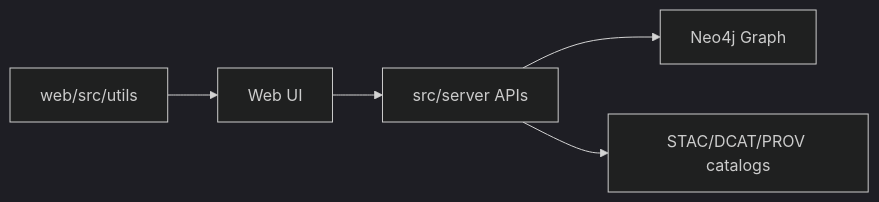
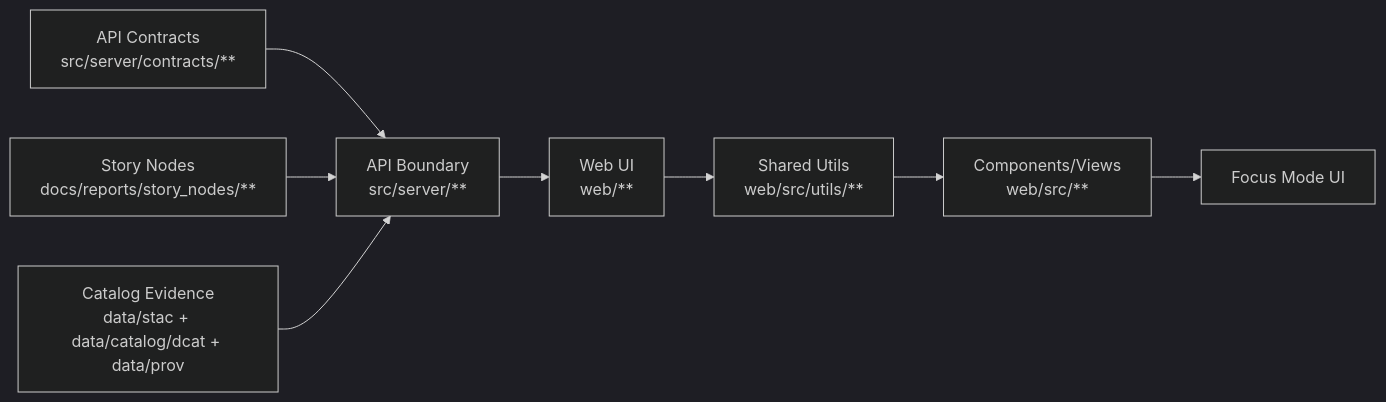
One commit to bartytime4life/Kansas-Frontier-Matrix changed the first of 2 diagrams in web/src/utils/README.md. Above: the diagram before and after it, drawn with Mermaid (dark theme). The commit also changed other lines of this file, not shown here.

```diff
--- a/web/src/utils/README.md
+++ b/web/src/utils/README.md
@@ -162,7 +189,11 @@
 ~~~mermaid
 flowchart LR
-  U[web/src/utils] --> UI[Web UI]
-  UI --> API[src/server APIs]
-  API --> G[Neo4j Graph]
-  API --> C[STAC/DCAT/PROV catalogs]
+  A[API Contracts<br/>src/server/contracts/**] --> B[API Boundary<br/>src/server/**]
+  C[Story Nodes<br/>docs/reports/story_nodes/**] --> B
+  D[Catalog Evidence<br/>data/stac + data/catalog/dcat + data/prov] --> B
+
+  B --> E[Web UI<br/>web/**]
+  E --> F[Shared Utils<br/>web/src/utils/**]
+  F --> G[Components/Views<br/>web/src/**]
+  G --> H[Focus Mode UI]
 ~~~
```
